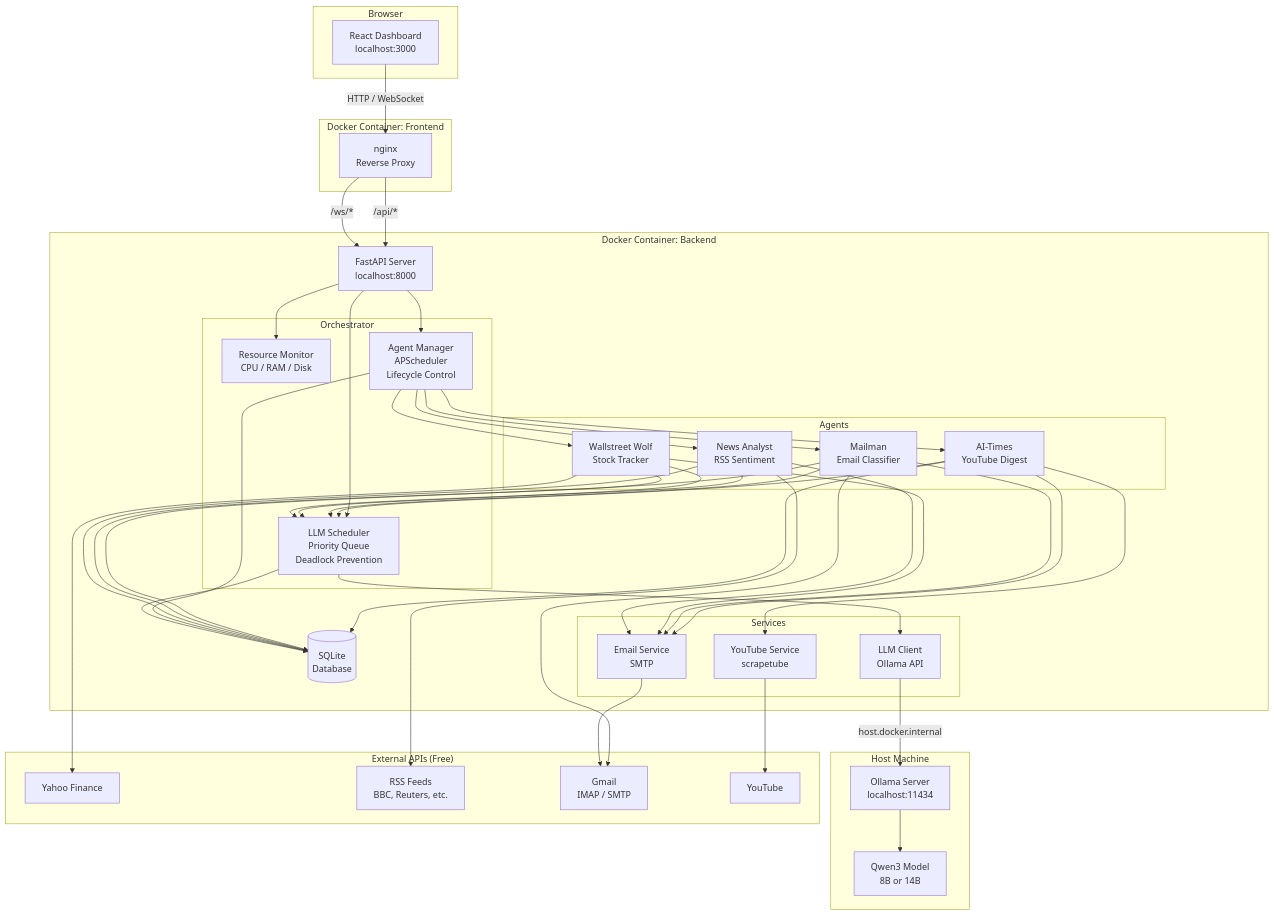
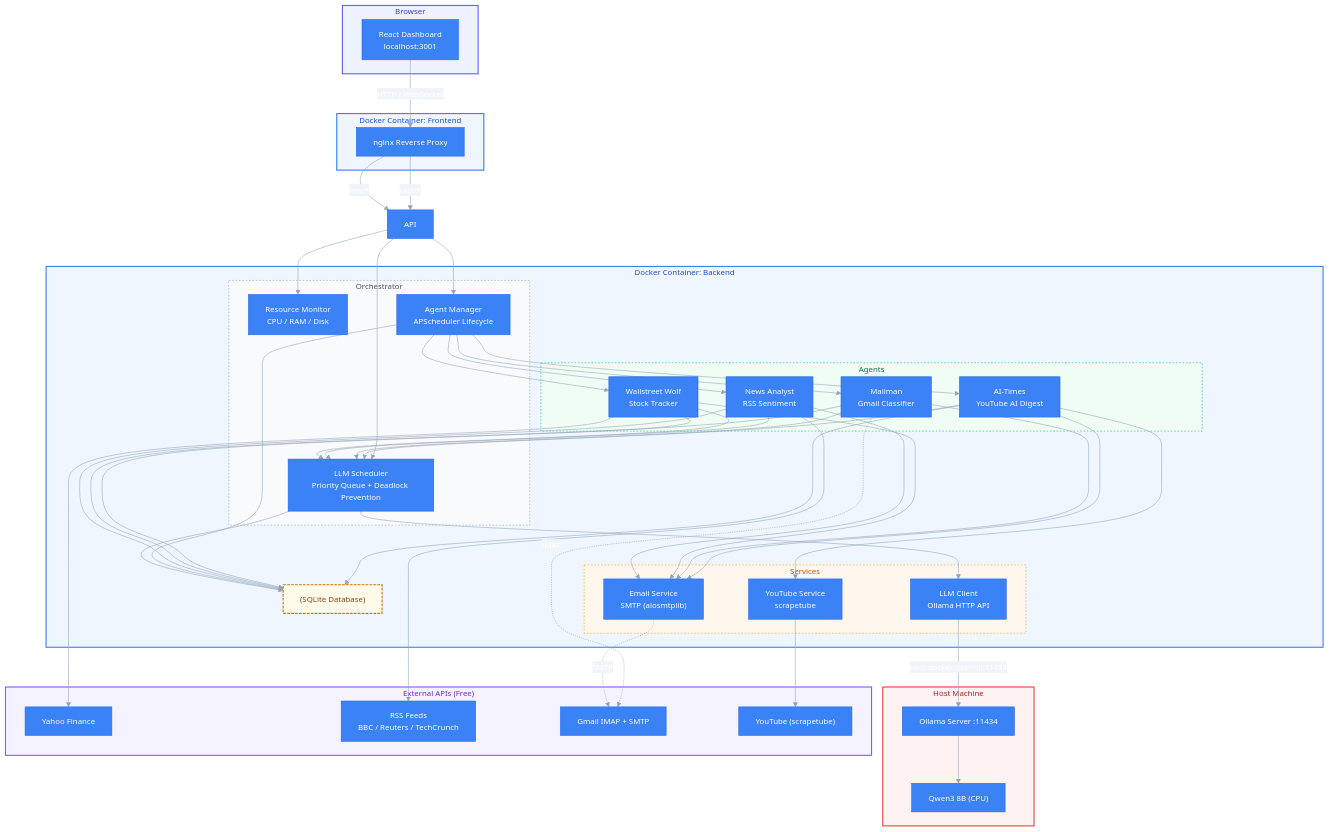
Before and after one commit to anasshahid1/multi-agent-platform: the first of 4 diagrams in architecture.md, drawn with Mermaid. The commit also changed other lines of this file and 5 other files, not shown here.

First line of the commit message:
Update architecture diagrams with color styling and port change

````diff
--- a/architecture.md
+++ b/architecture.md
@@ -5,56 +5,65 @@
 ```mermaid
+%%{init: {'theme': 'base', 'themeVariables': {'background': '#ffffff', 'primaryColor': '#3b82f6', 'primaryTextColor': '#ffffff', 'primaryBorderColor': '#2563eb', 'lineColor': '#94a3b8', 'secondaryColor': '#f1f5f9', 'tertiaryColor': '#e2e8f0', 'fontSize': '14px'}}}%%
 graph TB
-    subgraph "Browser"
-        UI[React Dashboard<br/>localhost:3000]
+    subgraph Browser["Browser"]
+    style Browser fill:#eef2ff,stroke:#6366f1,stroke-width:2px,color:#4338ca
+        UI["React Dashboard<br/>localhost:3001"]
     end
 
-    subgraph "Docker Container: Frontend"
-        NGINX[nginx<br/>Reverse Proxy]
+    subgraph Frontend["Docker Container: Frontend"]
+    style Frontend fill:#eff6ff,stroke:#3b82f6,stroke-width:2px,color:#1d4ed8
+        NGINX["nginx Reverse Proxy"]
     end
 
-    subgraph "Docker Container: Backend"
-        API[FastAPI Server<br/>localhost:8000]
+    subgraph Backend["Docker Container: Backend"]
+    style Backend fill:#eff6ff,stroke:#3b82f6,stroke-width:2px,color:#1d4ed8
 
-        subgraph "Orchestrator"
-            SCHED[LLM Scheduler<br/>Priority Queue<br/>Deadlock Prevention]
-            MON[Resource Monitor<br/>CPU / RAM / Disk]
-            AM[Agent Manager<br/>APScheduler<br/>Lifecycle Control]
+        subgraph Orchestrator["Orchestrator"]
+        style Orchestrator fill:#f8fafc,stroke:#94a3b8,stroke-dasharray:3 3,color:#475569
+            SCHED["LLM Scheduler<br/>Priority Queue + Deadlock Prevention"]
+            MON["Resource Monitor<br/>CPU / RAM / Disk"]
+            AM["Agent Manager<br/>APScheduler Lifecycle"]
         end
 
-        subgraph "Agents"
-            A1[AI-Times<br/>YouTube Digest]
-            A2[Mailman<br/>Email Classifier]
-            A3[Wallstreet Wolf<br/>Stock Tracker]
-            A4[News Analyst<br/>RSS Sentiment]
+        subgraph Agents["Agents"]
+        style Agents fill:#f0fdf4,stroke:#10b981,stroke-dasharray:3 3,color:#047857
+            A1["AI-Times<br/>YouTube AI Digest"]
+            A2["Mailman<br/>Gmail Classifier"]
+            A3["Wallstreet Wolf<br/>Stock Tracker"]
+            A4["News Analyst<br/>RSS Sentiment"]
         end
 
-        subgraph "Services"
-            LLM_CLIENT[LLM Client<br/>Ollama API]
-            EMAIL[Email Service<br/>SMTP]
-            YT[YouTube Service<br/>scrapetube]
+        subgraph Services["Services"]
+        style Services fill:#fff7ed,stroke:#f59e0b,stroke-dasharray:3 3,color:#b45309
+            LLM_CLIENT["LLM Client<br/>Ollama HTTP API"]
+            EMAIL["Email Service<br/>SMTP (aiosmtplib)"]
+            YT["YouTube Service<br/>scrapetube"]
         end
 
-        DB[(SQLite<br/>Database)]
+        DB["(SQLite Database)"]
+        style DB fill:#fffbeb,stroke:#d97706,stroke-width:2px,color:#92400e,stroke-dasharray:5 2
     end
 
-    subgraph "Host Machine"
-        OLLAMA[Ollama Server<br/>localhost:11434]
-        QWEN[Qwen3 Model<br/>8B or 14B]
+    subgraph Host["Host Machine"]
+    style Host fill:#fef2f2,stroke:#ef4444,stroke-width:2px,color:#b91c1c
+        OLLAMA["Ollama Server :11434"]
+        QWEN["Qwen3 8B (CPU)"]
     end
 
-    subgraph "External APIs (Free)"
-        YAHOO[Yahoo Finance]
-        RSS[RSS Feeds<br/>BBC, Reuters, etc.]
-        GMAIL[Gmail<br/>IMAP / SMTP]
-        YOUTUBE[YouTube]
+    subgraph External["External APIs (Free)"]
+    style External fill:#f5f3ff,stroke:#8b5cf6,stroke-width:2px,color:#6d28d9
+        YAHOO["Yahoo Finance"]
+        RSS["RSS Feeds<br/>BBC / Reuters / TechCrunch"]
+        GMAIL["Gmail IMAP + SMTP"]
+        YOUTUBE["YouTube (scrapetube)"]
     end
 
-    UI -->|HTTP / WebSocket| NGINX
-    NGINX -->|/api/*| API
-    NGINX -->|/ws/*| API
+    UI -->|"HTTP / WebSocket"| NGINX
+    NGINX -->|"/api/*"| API
+    NGINX -->|"/ws/*"| API
+    API --> SCHED
 
     API --> AM
-    API --> SCHED
     API --> MON
 
     AM --> A1
@@ -73,8 +82,11 @@
     A3 --> EMAIL
     A4 --> EMAIL
 
+    A2 -.->|"IMAP"| GMAIL
+    EMAIL -.->|"SMTP"| GMAIL
+
     SCHED --> LLM_CLIENT
-    LLM_CLIENT -->|host.docker.internal| OLLAMA
+    LLM_CLIENT -->|"host.docker.internal:11434"| OLLAMA
     OLLAMA --> QWEN
 
     A1 --> DB
@@ -87,6 +99,4 @@
     YT --> YOUTUBE
     A3 --> YAHOO
     A4 --> RSS
-    A2 --> GMAIL
-    EMAIL --> GMAIL
 ```
````
